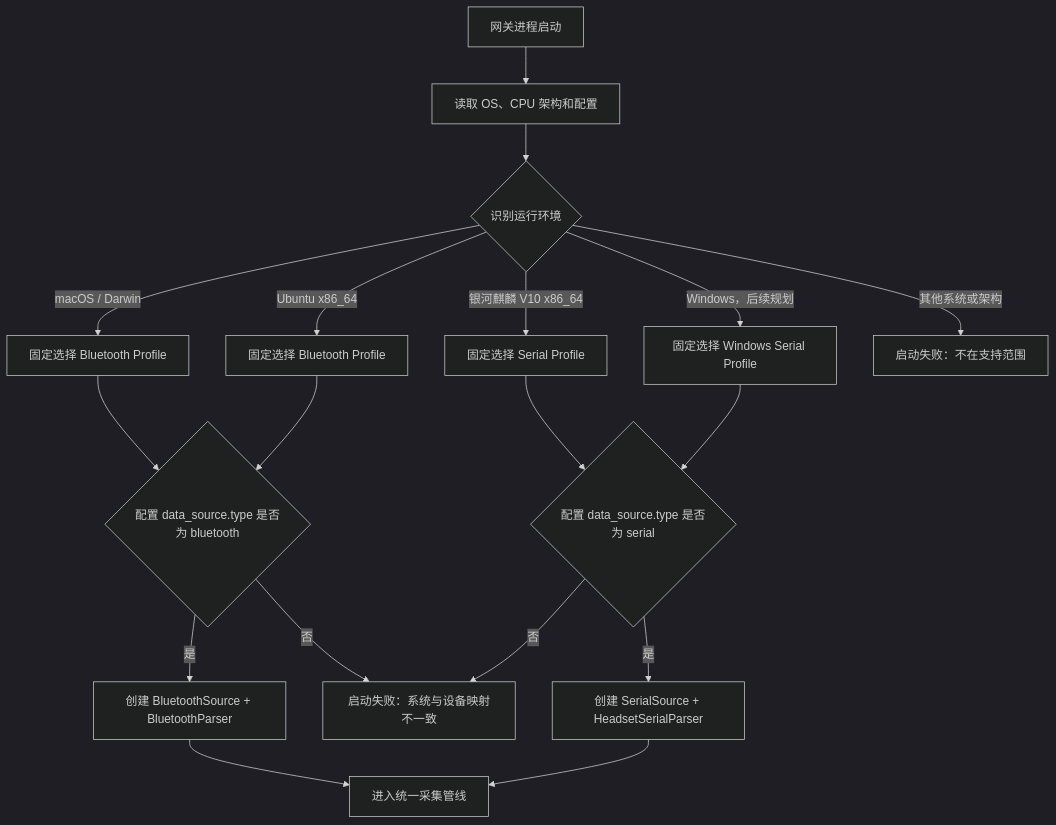
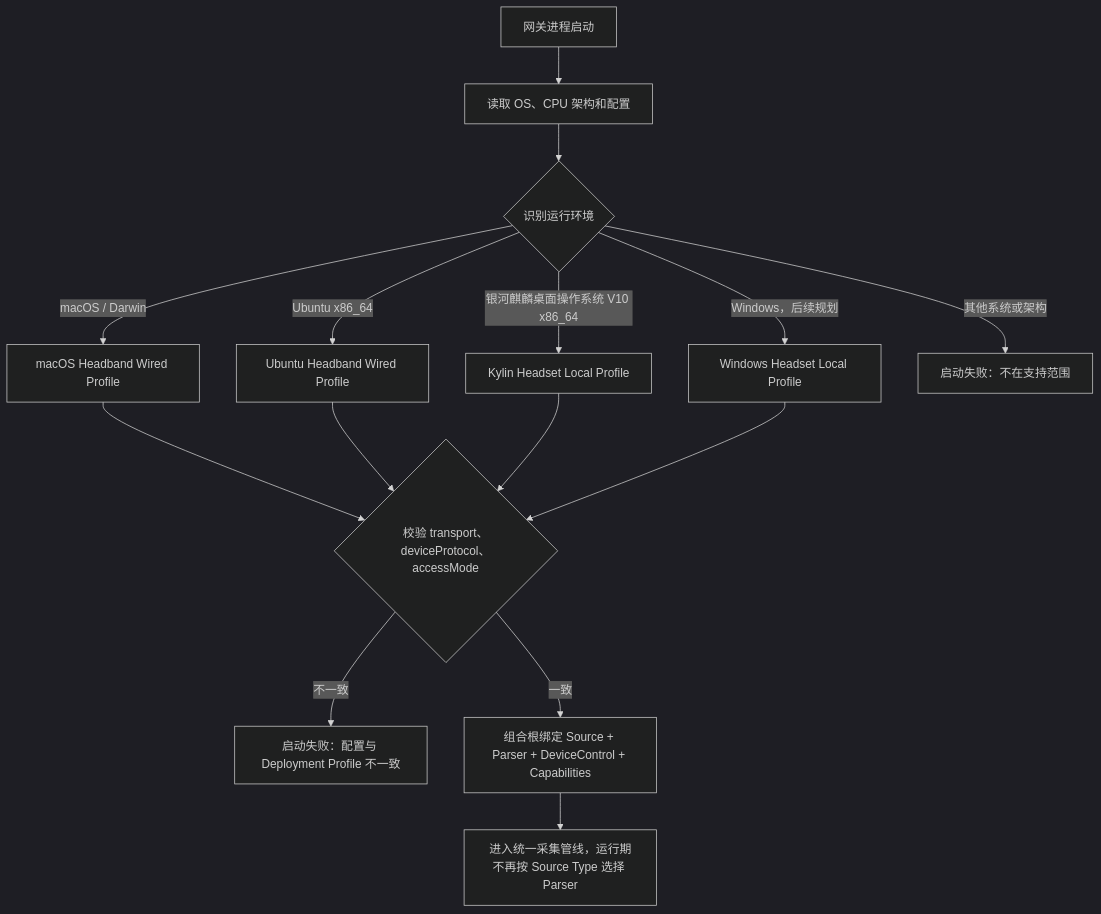
The first of 8 diagrams in doc/tech/NeuroBridge项目结构与多系统接入_PRD.md (Entertech/NeuroBridge), drawn with Mermaid (dark theme) before and after one commit. The commit also changed other lines of this file, not shown here.

````diff
--- a/doc/tech/NeuroBridge项目结构与多系统接入_PRD.md
+++ b/doc/tech/NeuroBridge项目结构与多系统接入_PRD.md
@@ -116,24 +144,20 @@
 ```mermaid
 flowchart TD
     A[网关进程启动] --> B[读取 OS、CPU 架构和配置]
     B --> C{识别运行环境}
 
-    C -->|macOS / Darwin| D[固定选择 Bluetooth Profile]
-    C -->|Ubuntu x86_64| E[固定选择 Bluetooth Profile]
-    C -->|银河麒麟 V10 x86_64| F[固定选择 Serial Profile]
-    C -->|Windows，后续规划| W[固定选择 Windows Serial Profile]
+    C -->|macOS / Darwin| D[macOS Headband Wired Profile]
+    C -->|Ubuntu x86_64| E[Ubuntu Headband Wired Profile]
+    C -->|银河麒麟桌面操作系统 V10 x86_64| F[Kylin Headset Local Profile]
+    C -->|Windows，后续规划| W[Windows Headset Local Profile]
     C -->|其他系统或架构| X[启动失败：不在支持范围]
 
-    D --> G{配置 data_source.type 是否为 bluetooth}
+    D --> G{校验 transport、deviceProtocol、accessMode}
     E --> G
-    F --> H{配置 data_source.type 是否为 serial}
-    W --> H
+    F --> G
+    W --> G
 
-    G -->|是| I[创建 BluetoothSource + BluetoothParser]
-    G -->|否| Y[启动失败：系统与设备映射不一致]
-    H -->|是| J[创建 SerialSource + HeadsetSerialParser]
-    H -->|否| Y
-
-    I --> K[进入统一采集管线]
-    J --> K
+    G -->|不一致| Y[启动失败：配置与 Deployment Profile 不一致]
+    G -->|一致| I[组合根绑定 Source + Parser + DeviceControl + Capabilities]
+    I --> K[进入统一采集管线，运行期不再按 Source Type 选择 Parser]
 ```
````
